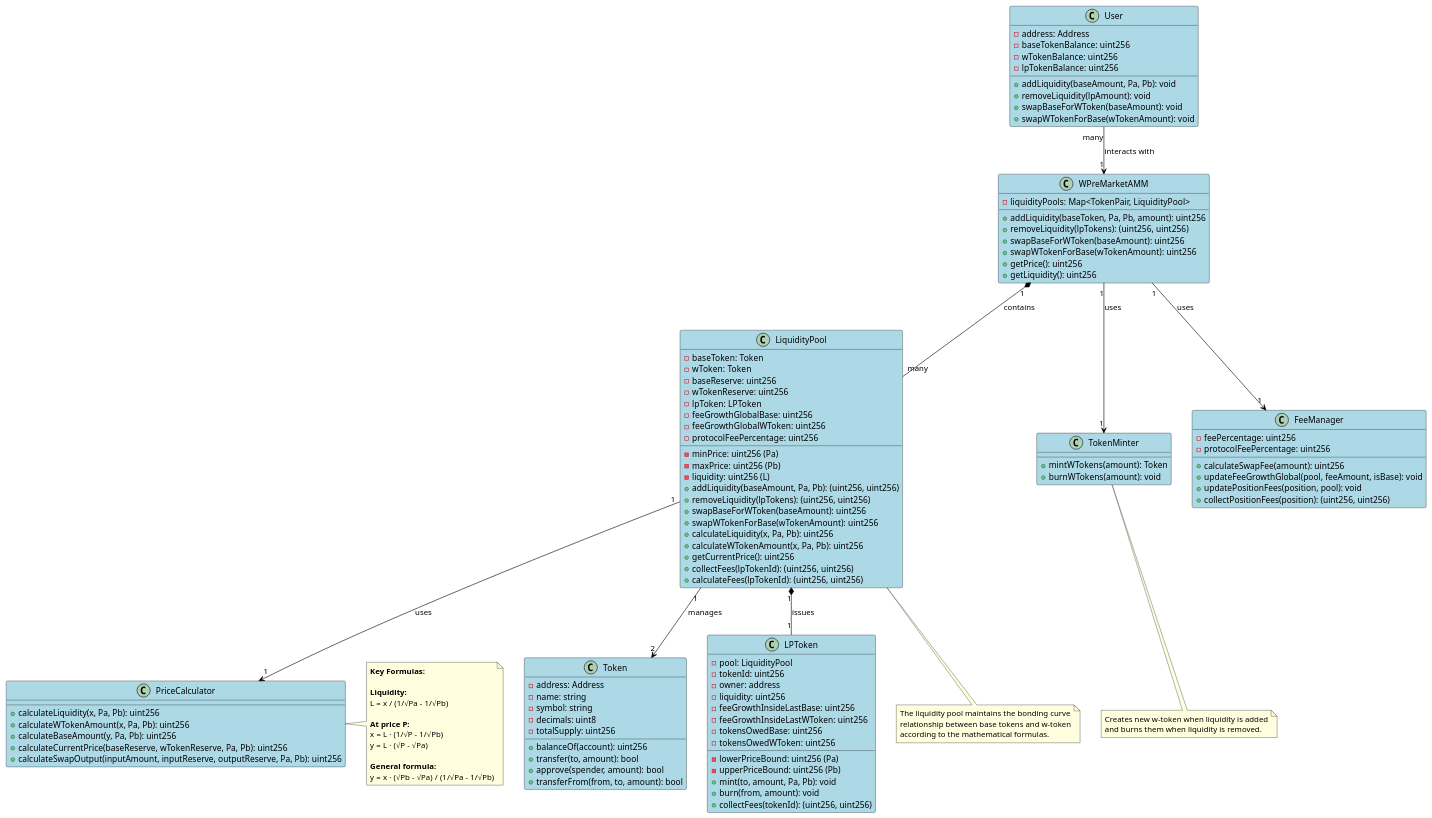
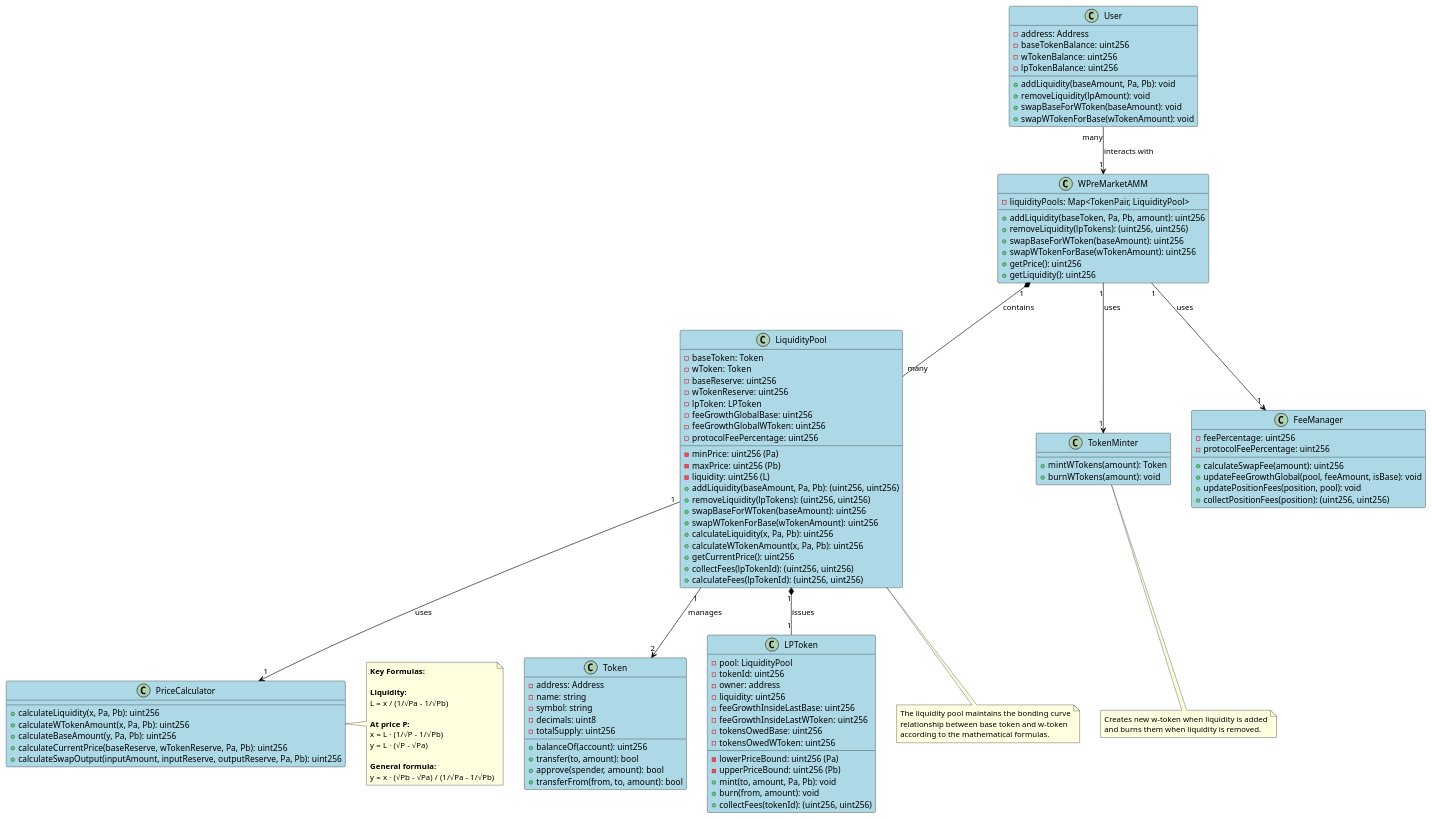
One commit to nierdna/hermit-diagrams changed the diagram in whales/w_pre_market_amm_class.wsd. Above: the diagram before and after it, drawn with PlantUML. The commit also changed 3 other files, not shown here.

First line of the commit message:
Standardize base token terminology in W-Pre-market AMM documentation

```diff
--- a/whales/w_pre_market_amm_class.wsd
+++ b/whales/w_pre_market_amm_class.wsd
@@ -1,150 +1,150 @@
 @startuml W-Pre-market AMM Class Diagram
 
 ' Style
 skinparam class {
     BackgroundColor LightBlue
     BorderColor Black
     ArrowColor Black
 }
 
 skinparam note {
     BackgroundColor LightYellow
     BorderColor Black
 }
 
 ' Classes
 class WPreMarketAMM {
     - liquidityPools: Map<TokenPair, LiquidityPool>
     + addLiquidity(baseToken, Pa, Pb, amount): uint256
     + removeLiquidity(lpTokens): (uint256, uint256)
     + swapBaseForWToken(baseAmount): uint256
     + swapWTokenForBase(wTokenAmount): uint256
     + getPrice(): uint256
     + getLiquidity(): uint256
 }
 
 class LiquidityPool {
     - baseToken: Token
     - wToken: Token
     - baseReserve: uint256
     - wTokenReserve: uint256
     - minPrice: uint256 (Pa)
     - maxPrice: uint256 (Pb)
     - liquidity: uint256 (L)
     - lpToken: LPToken
     - feeGrowthGlobalBase: uint256
     - feeGrowthGlobalWToken: uint256
     - protocolFeePercentage: uint256
     
     + addLiquidity(baseAmount, Pa, Pb): (uint256, uint256)
     + removeLiquidity(lpTokens): (uint256, uint256)
     + swapBaseForWToken(baseAmount): uint256
     + swapWTokenForBase(wTokenAmount): uint256
     + calculateLiquidity(x, Pa, Pb): uint256
     + calculateWTokenAmount(x, Pa, Pb): uint256
     + getCurrentPrice(): uint256
     + collectFees(lpTokenId): (uint256, uint256)
     + calculateFees(lpTokenId): (uint256, uint256)
 }
 
 class PriceCalculator {
     + calculateLiquidity(x, Pa, Pb): uint256
     + calculateWTokenAmount(x, Pa, Pb): uint256
     + calculateBaseAmount(y, Pa, Pb): uint256
     + calculateCurrentPrice(baseReserve, wTokenReserve, Pa, Pb): uint256
     + calculateSwapOutput(inputAmount, inputReserve, outputReserve, Pa, Pb): uint256
 }
 
 class TokenMinter {
     + mintWTokens(amount): Token
     + burnWTokens(amount): void
 }
 
 class Token {
     - address: Address
     - name: string
     - symbol: string
     - decimals: uint8
     - totalSupply: uint256
     
     + balanceOf(account): uint256
     + transfer(to, amount): bool
     + approve(spender, amount): bool
     + transferFrom(from, to, amount): bool
 }
 
 class LPToken {
     - pool: LiquidityPool
     - tokenId: uint256
     - owner: address
     - liquidity: uint256
     - lowerPriceBound: uint256 (Pa)
     - upperPriceBound: uint256 (Pb)
     - feeGrowthInsideLastBase: uint256
     - feeGrowthInsideLastWToken: uint256
     - tokensOwedBase: uint256
     - tokensOwedWToken: uint256
     
     + mint(to, amount, Pa, Pb): void
     + burn(from, amount): void
     + collectFees(tokenId): (uint256, uint256)
 }
 
 class User {
     - address: Address
     - baseTokenBalance: uint256
     - wTokenBalance: uint256
     - lpTokenBalance: uint256
     
     + addLiquidity(baseAmount, Pa, Pb): void
     + removeLiquidity(lpAmount): void
     + swapBaseForWToken(baseAmount): void
     + swapWTokenForBase(wTokenAmount): void
 }
 
 class FeeManager {
     - feePercentage: uint256
     - protocolFeePercentage: uint256
     
     + calculateSwapFee(amount): uint256
     + updateFeeGrowthGlobal(pool, feeAmount, isBase): void
     + updatePositionFees(position, pool): void
     + collectPositionFees(position): (uint256, uint256)
 }
 
 ' Relationships
 WPreMarketAMM "1" *-- "many" LiquidityPool : contains
 LiquidityPool "1" *-- "1" LPToken : issues
 LiquidityPool "1" --> "1" PriceCalculator : uses
 WPreMarketAMM "1" --> "1" TokenMinter : uses
 WPreMarketAMM "1" --> "1" FeeManager : uses
 User "many" --> "1" WPreMarketAMM : interacts with
 LiquidityPool "1" --> "2" Token : manages
 
 ' Notes with formulas
 note right of PriceCalculator
   <b>Key Formulas:</b>
   
   <b>Liquidity:</b>
   L = x / (1/√Pa - 1/√Pb)
   
   <b>At price P:</b>
   x = L · (1/√P - 1/√Pb)
   y = L · (√P - √Pa)
   
   <b>General formula:</b>
   y = x · (√Pb - √Pa) / (1/√Pa - 1/√Pb)
 end note
 
 note bottom of LiquidityPool
   The liquidity pool maintains the bonding curve
-  relationship between base tokens and w-token
+  relationship between base token and w-token
   according to the mathematical formulas.
 end note
 
 note bottom of TokenMinter
   Creates new w-token when liquidity is added
   and burns them when liquidity is removed.
 end note
 
 @enduml 
```
